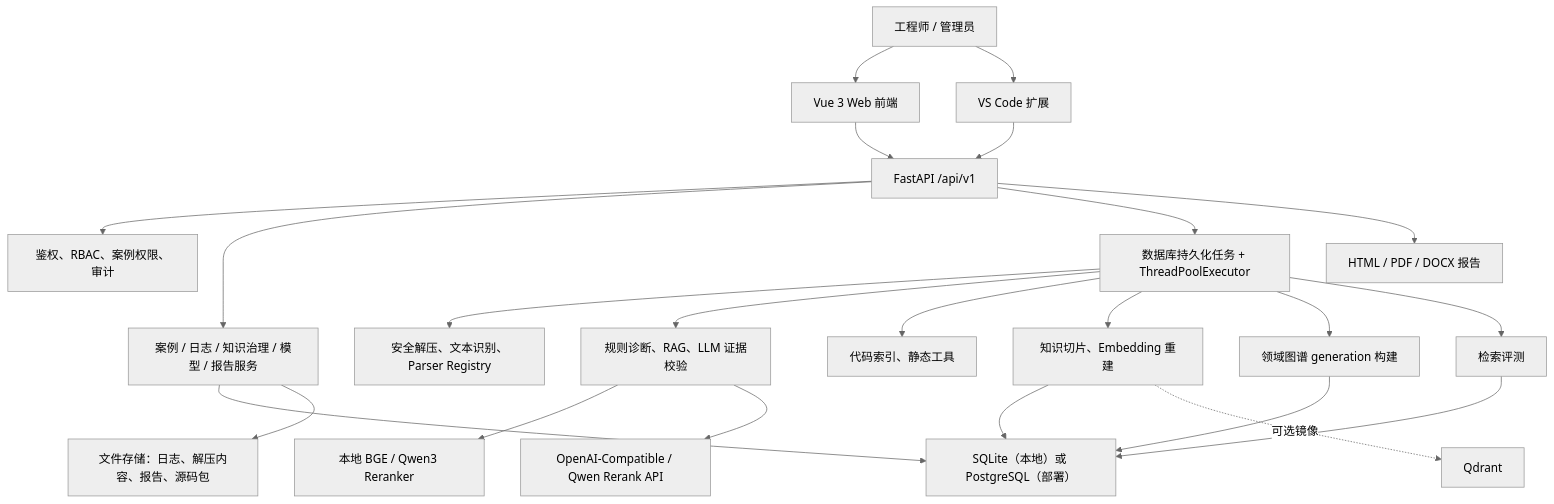
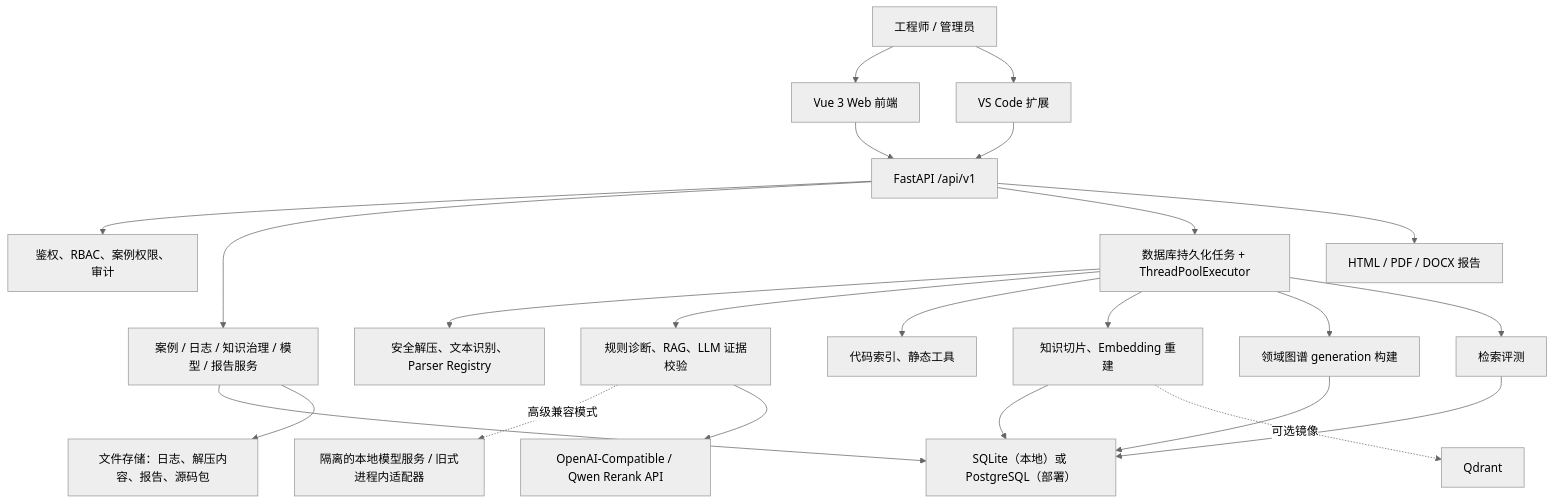
Before and after one commit to mrrabbitss/debug-platform: the first of 4 diagrams in docs/project-architecture-and-evolution.md, drawn with Mermaid (neutral theme). The commit also changed other lines of this file and 49 other files, not shown here.

````diff
--- a/docs/project-architecture-and-evolution.md
+++ b/docs/project-architecture-and-evolution.md
@@ -22,30 +22,30 @@
 ```mermaid
 flowchart TB
     User["工程师 / 管理员"] --> Web["Vue 3 Web 前端"]
     User --> VSCode["VS Code 扩展"]
     Web --> API["FastAPI /api/v1"]
     VSCode --> API
 
     API --> Auth["鉴权、RBAC、案例权限、审计"]
     API --> Domain["案例 / 日志 / 知识治理 / 模型 / 报告服务"]
     API --> Jobs["数据库持久化任务 + ThreadPoolExecutor"]
 
     Jobs --> Parse["安全解压、文本识别、Parser Registry"]
     Jobs --> Diagnose["规则诊断、RAG、LLM 证据校验"]
     Jobs --> Code["代码索引、静态工具"]
     Jobs --> Reindex["知识切片、Embedding 重建"]
     Jobs --> Graph["领域图谱 generation 构建"]
     Jobs --> Eval["检索评测"]
 
     Domain --> DB["SQLite（本地）或 PostgreSQL（部署）"]
     Domain --> Files["文件存储：日志、解压内容、报告、源码包"]
     Reindex --> DB
     Graph --> DB
     Eval --> DB
     Reindex -.可选镜像.-> Qdrant["Qdrant"]
 
-    Diagnose --> LocalModels["本地 BGE / Qwen3 Reranker"]
+    Diagnose -.高级兼容模式.-> LocalModels["隔离的本地模型服务 / 旧式进程内适配器"]
     Diagnose --> ModelAPI["OpenAI-Compatible / Qwen Rerank API"]
 
     API --> Report["HTML / PDF / DOCX 报告"]
 ```
````
